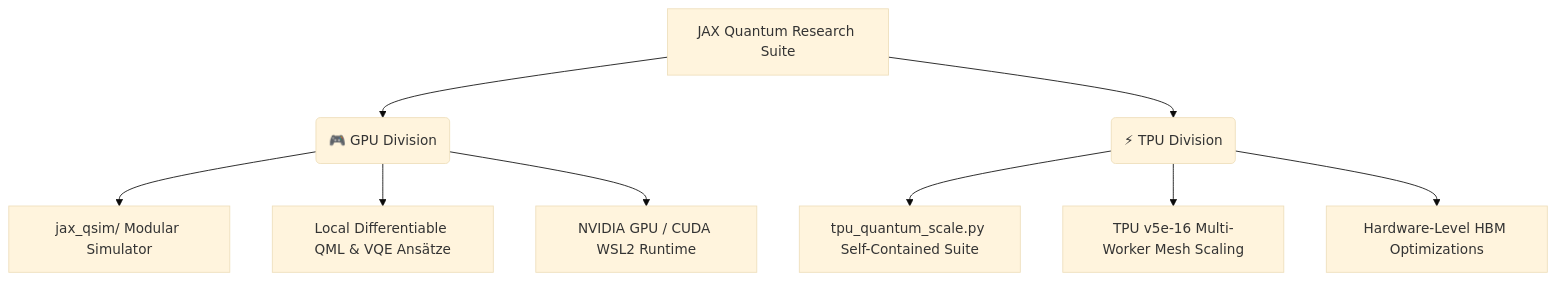
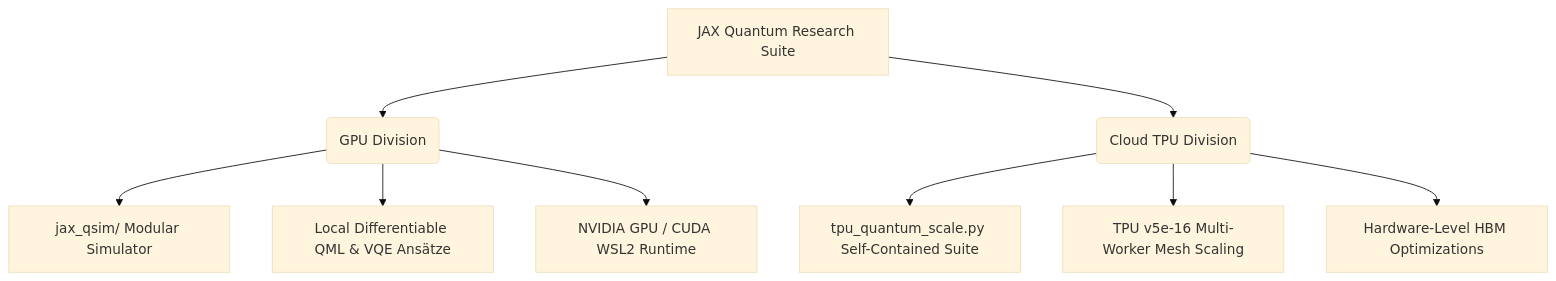
The diagram in README.md (MTF-Omega-1/Tpu-Accelerated-Quantum-JAX), drawn with Mermaid (base theme) before and after one commit. The commit also changed other lines of this file, not shown here.

Commit message:
docs: add gcloud TPU VM creation command, Icons8 GPU icons, Cloud TPU emojis, and deep GPU vs. TPU physical research comparison

````diff
--- a/README.md
+++ b/README.md
@@ -28,13 +28,13 @@
 ```mermaid
 graph TD
-    A[JAX Quantum Research Suite] --> B(🎮 GPU Division)
-    A --> C(⚡ TPU Division)
+    A[JAX Quantum Research Suite] --> B(GPU Division)
+    A --> C(Cloud TPU Division)
     
     B --> B1[jax_qsim/ Modular Simulator]
     B --> B2[Local Differentiable QML & VQE Ansätze]
     B --> B3[NVIDIA GPU / CUDA WSL2 Runtime]
     
     C --> C1[tpu_quantum_scale.py Self-Contained Suite]
     C --> C2[TPU v5e-16 Multi-Worker Mesh Scaling]
     C --> C3[Hardware-Level HBM Optimizations]
 ```
````
